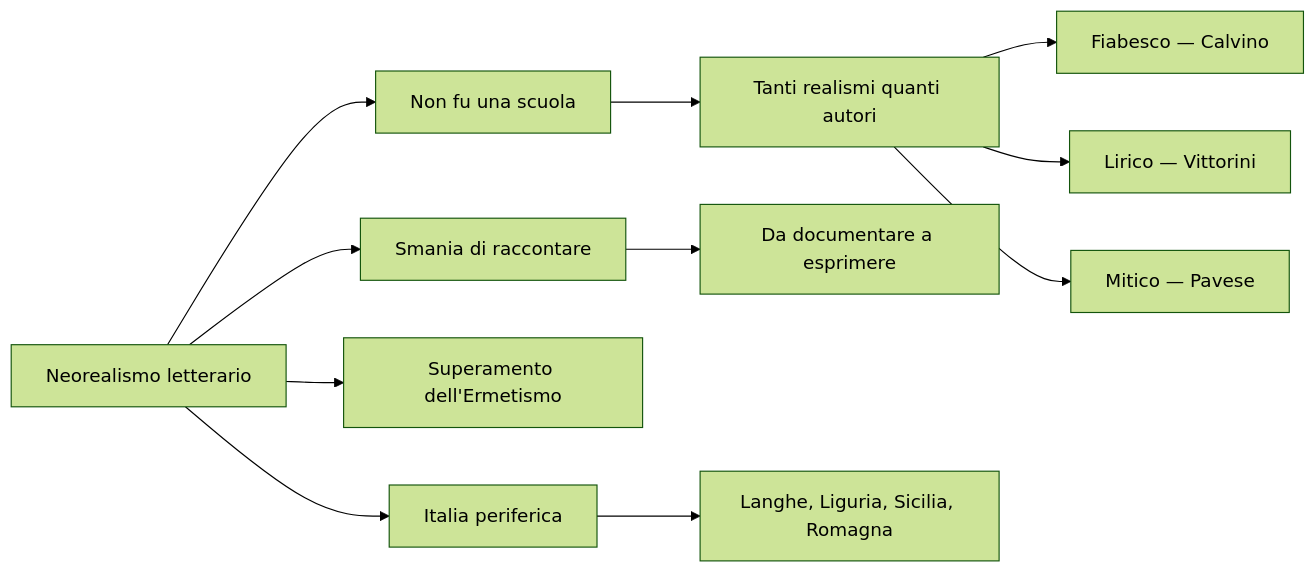
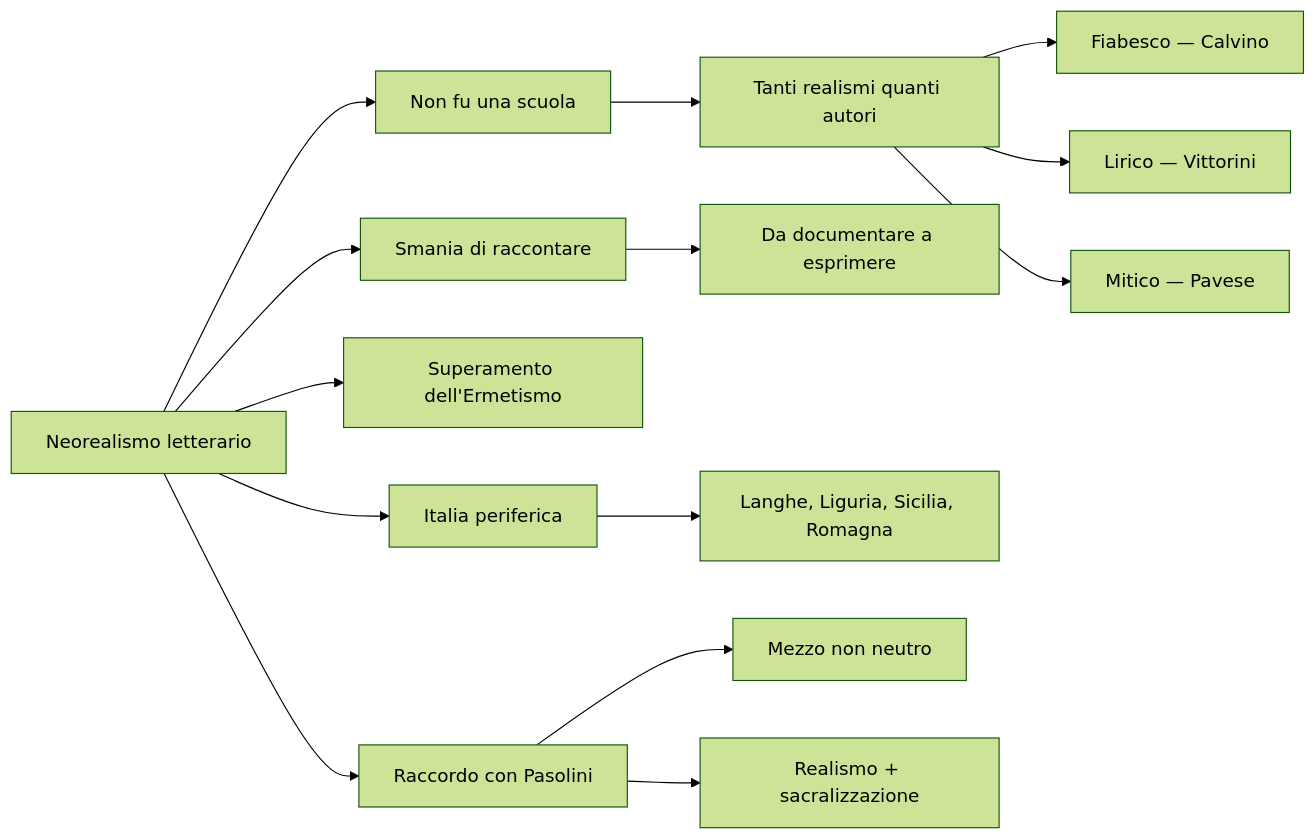
Before and after one commit to riccardo-algorime/appunti-5Bsa: the fifth of 5 diagrams in esame/italiano/italiano(appunti-studio-anno)/neorealismo-letterario/mega-schema.md, drawn with Mermaid (forest theme). The commit also changed other lines of this file and 16 other files, not shown here.

````diff
--- a/esame/italiano/italiano(appunti-studio-anno)/neorealismo-letterario/mega-schema.md
+++ b/esame/italiano/italiano(appunti-studio-anno)/neorealismo-letterario/mega-schema.md
@@ -459,13 +533,16 @@
 ```mermaid
 flowchart LR
     A[Neorealismo letterario] --> B[Non fu una scuola]
     A --> C[Smania di raccontare]
     A --> D[Superamento dell'Ermetismo]
     A --> E[Italia periferica]
     B --> F[Tanti realismi quanti autori]
     F --> G[Fiabesco — Calvino]
     F --> H[Lirico — Vittorini]
     F --> I[Mitico — Pavese]
     C --> J[Da documentare a esprimere]
     E --> K[Langhe, Liguria, Sicilia, Romagna]
+    A --> L[Raccordo con Pasolini]
+    L --> M[Mezzo non neutro]
+    L --> N[Realismo + sacralizzazione]
 ```
````
